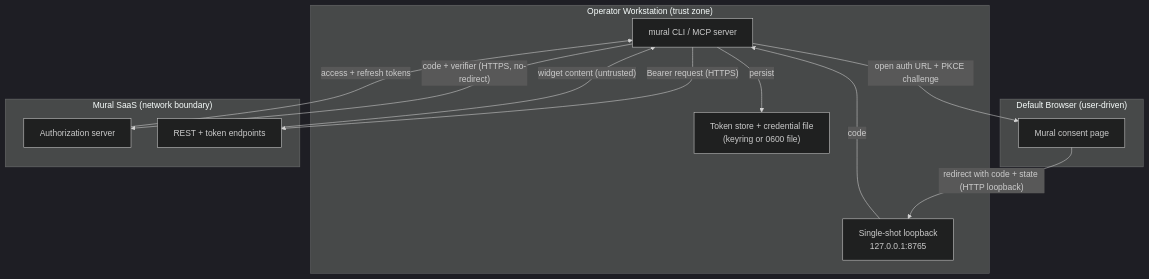
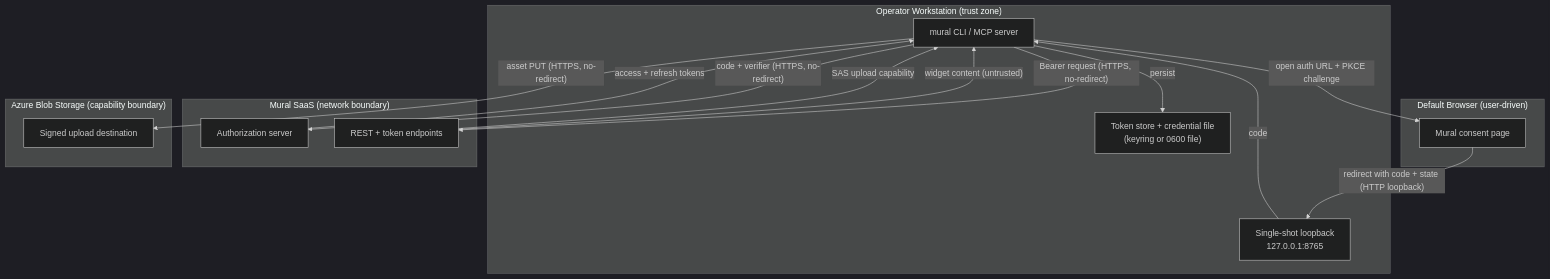
The diagram in mirrors/repos/microsoft@hve-core/.github/skills/experimental/mural/SECURITY.md (gabrielmoreira/agent-skills-mirror), drawn with Mermaid (dark theme) before and after one commit. The commit also changed other lines of this file and 5889 other files, not shown here.

````diff
--- a/mirrors/repos/microsoft@hve-core/.github/skills/experimental/mural/SECURITY.md
+++ b/mirrors/repos/microsoft@hve-core/.github/skills/experimental/mural/SECURITY.md
@@ -62,23 +64,28 @@
 ```mermaid
 flowchart TD
     subgraph HOST["Operator Workstation (trust zone)"]
         CLI["mural CLI / MCP server"]
         LOOP["Single-shot loopback<br/>127.0.0.1:8765"]
         STORE["Token store + credential file<br/>(keyring or 0600 file)"]
     end
     subgraph BROWSER["Default Browser (user-driven)"]
         TAB["Mural consent page"]
     end
     subgraph MURAL["Mural SaaS (network boundary)"]
         AUTH["Authorization server"]
         API["REST + token endpoints"]
     end
+    subgraph AZURE["Azure Blob Storage (capability boundary)"]
+        BLOB["Signed upload destination"]
+    end
     CLI -->|"open auth URL + PKCE challenge"| TAB
     TAB -->|"redirect with code + state (HTTP loopback)"| LOOP
     LOOP -->|"code"| CLI
     CLI -->|"code + verifier (HTTPS, no-redirect)"| AUTH
     AUTH -->|"access + refresh tokens"| CLI
     CLI -->|"persist"| STORE
-    CLI -->|"Bearer request (HTTPS)"| API
+    CLI -->|"Bearer request (HTTPS, no-redirect)"| API
     API -->|"widget content (untrusted)"| CLI
+    API -->|"SAS upload capability"| CLI
+    CLI -->|"asset PUT (HTTPS, no-redirect)"| BLOB
 ```
````
